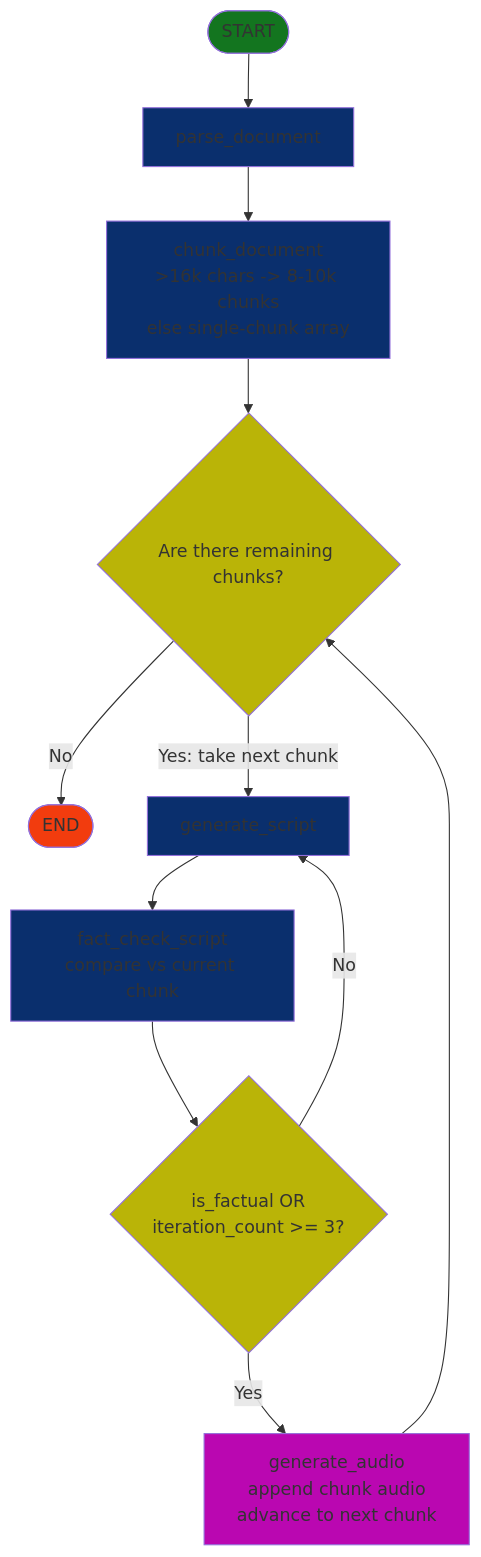
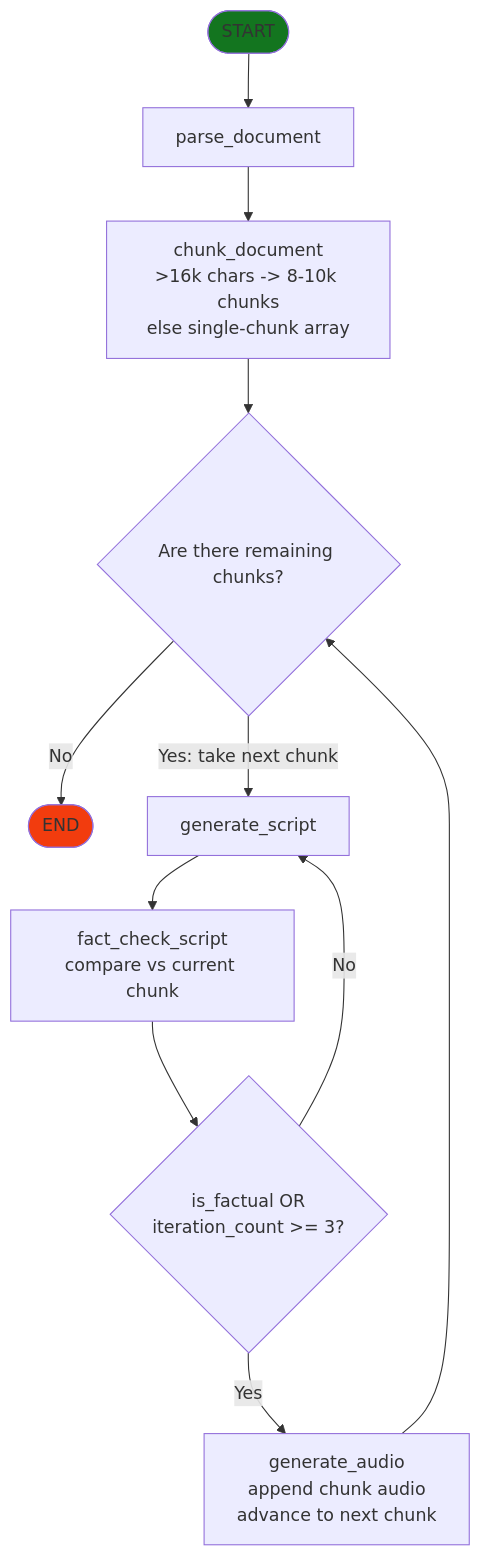
One commit to x00sh/Document-to-Audio changed the diagram in README.md. Above: the diagram before and after it, drawn with Mermaid.

Commit message:
Remove styles for Parse, Chunk, GenScript, and FactCheck
Removed styles from several elements in the README.

````diff
--- a/README.md
+++ b/README.md
@@ -78,27 +78,20 @@
 ```mermaid
 graph TD
     Start([START]) --> Parse[parse_document]
 
     Parse --> Chunk[chunk_document<br/>>16k chars -> 8-10k chunks<br/>else single-chunk array]
 
     Chunk --> LoopStart{Are there remaining chunks?}
     LoopStart -- No --> End([END])
     LoopStart -- Yes: take next chunk --> GenScript[generate_script]
 
     GenScript --> FactCheck[fact_check_script<br/>compare vs current chunk]
     FactCheck --> Decision{is_factual OR<br/>iteration_count >= 3?}
     Decision -- No --> GenScript
     Decision -- Yes --> GenAudio[generate_audio<br/>append chunk audio<br/>advance to next chunk]
 
     GenAudio --> LoopStart
 
     style Start fill:#13751f
-    style Parse fill:#0a2f6d
-    style Chunk fill:#0a2f6d
-    style GenScript fill:#0a2f6d
-    style FactCheck fill:#0a2f6d
-    style Decision fill:#bab407
-    style LoopStart fill:#bab407
-    style GenAudio fill:#ba07b1
     style End fill:#f23c0e
 ```
````
